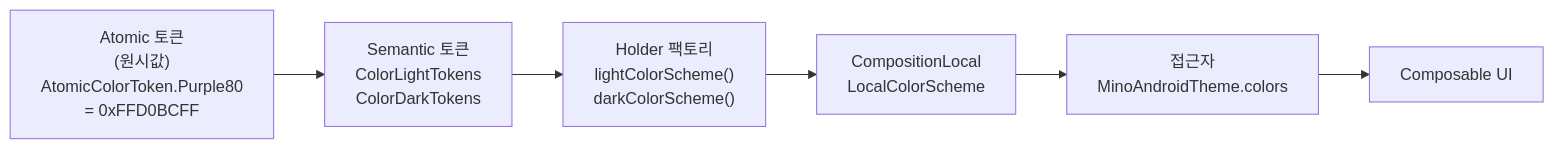
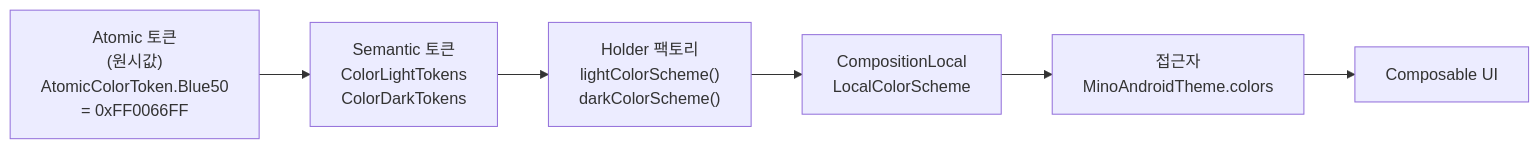
One commit to mash-up-kr/Team-MINO-Android changed the first of 2 diagrams in core/design-system/README.md. Above: the diagram before and after it, drawn with Mermaid. The commit also changed other lines of this file, not shown here.

````diff
--- a/core/design-system/README.md
+++ b/core/design-system/README.md
@@ -118,10 +124,10 @@
 ```mermaid
 flowchart LR
-    A["Atomic 토큰<br/>(원시값)<br/>AtomicColorToken.Purple80<br/>= 0xFFD0BCFF"]
+    A["Atomic 토큰<br/>(원시값)<br/>AtomicColorToken.Blue50<br/>= 0xFF0066FF"]
     B["Semantic 토큰<br/>ColorLightTokens<br/>ColorDarkTokens"]
     C["Holder 팩토리<br/>lightColorScheme()<br/>darkColorScheme()"]
     D["CompositionLocal<br/>LocalColorScheme"]
     E["접근자<br/>MinoAndroidTheme.colors"]
     F["Composable UI"]
     A --> B --> C --> D --> E --> F
 ```
````
